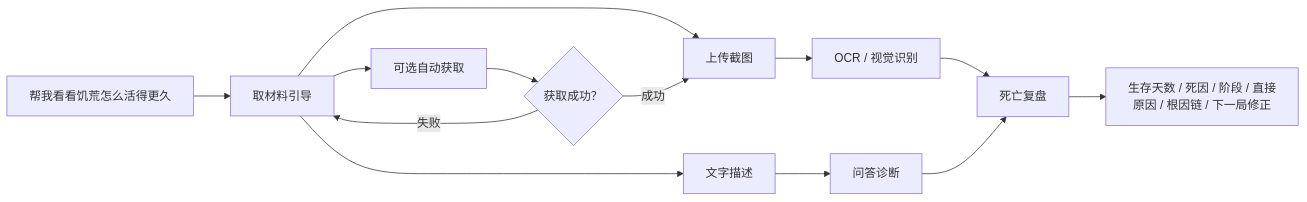
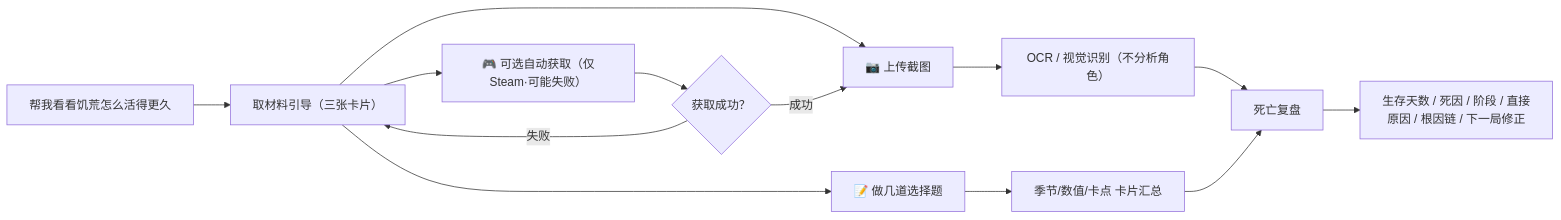
Before and after one commit to WonderBach/dont-starve-mavis-skill: the second of 2 diagrams in docs/skill_decision_flow.md, drawn with Mermaid. The commit also changed other lines of this file and 3 other files, not shown here.

````diff
--- a/docs/skill_decision_flow.md
+++ b/docs/skill_decision_flow.md
@@ -47,15 +48,15 @@
 ```mermaid
 flowchart LR
-    A["帮我看看饥荒怎么活得更久"] --> B["取材料引导"]
-    B --> C["上传截图"]
-    B --> D["文字描述"]
-    B --> E["可选自动获取"]
+    A["帮我看看饥荒怎么活得更久"] --> B["取材料引导（三张卡片）"]
+    B --> C["📷 上传截图"]
+    B --> D["📝 做几道选择题"]
+    B --> E["🎮 可选自动获取（仅Steam·可能失败）"]
     E --> F{"获取成功？"}
     F -- "成功" --> C
     F -- "失败" --> B
-    C --> G["OCR / 视觉识别"]
-    D --> H["问答诊断"]
+    C --> G["OCR / 视觉识别（不分析角色）"]
+    D --> H["季节/数值/卡点 卡片汇总"]
     G --> I["死亡复盘"]
     H --> I
     I --> J["生存天数 / 死因 / 阶段 / 直接原因 / 根因链 / 下一局修正"]
 ```
````
